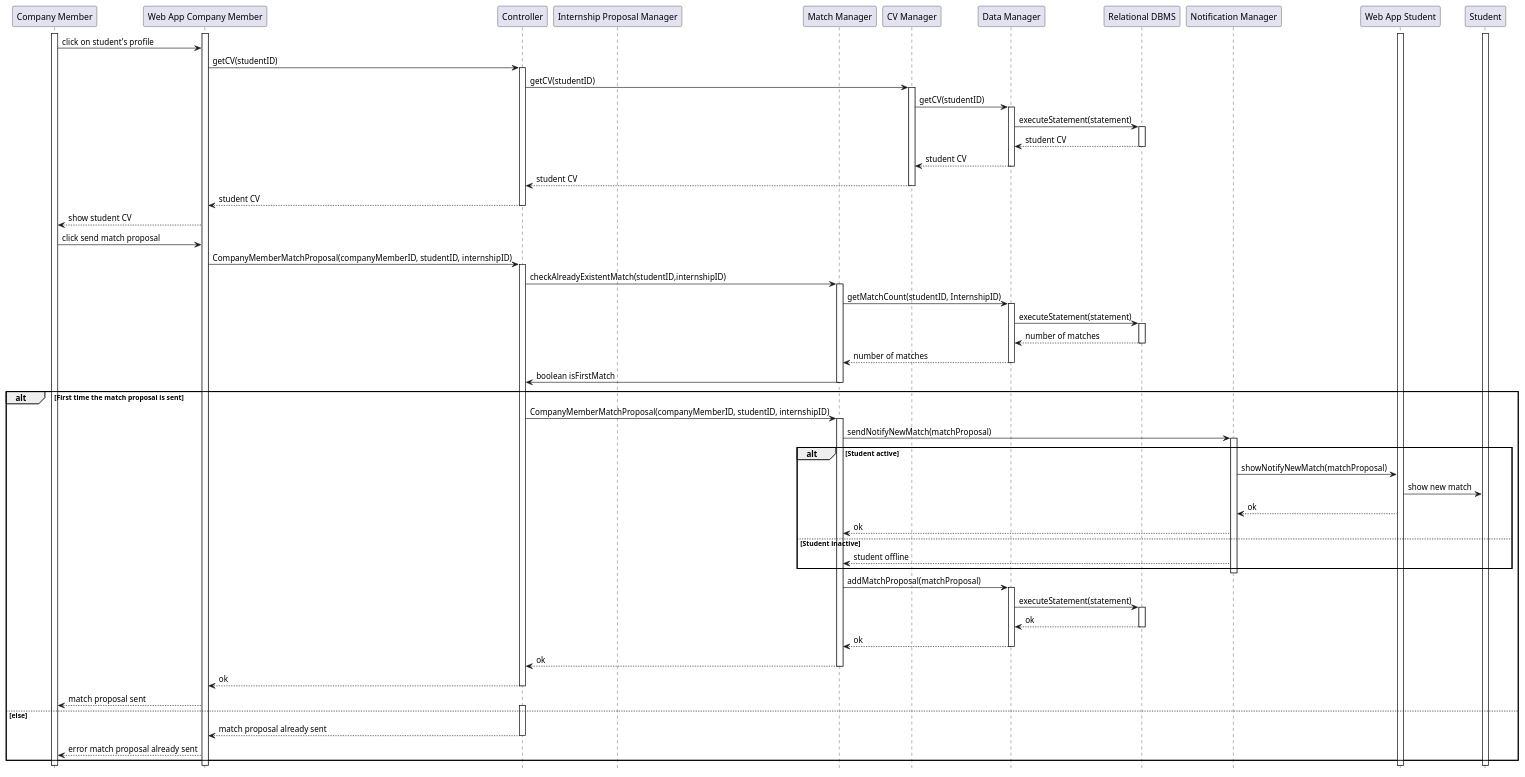
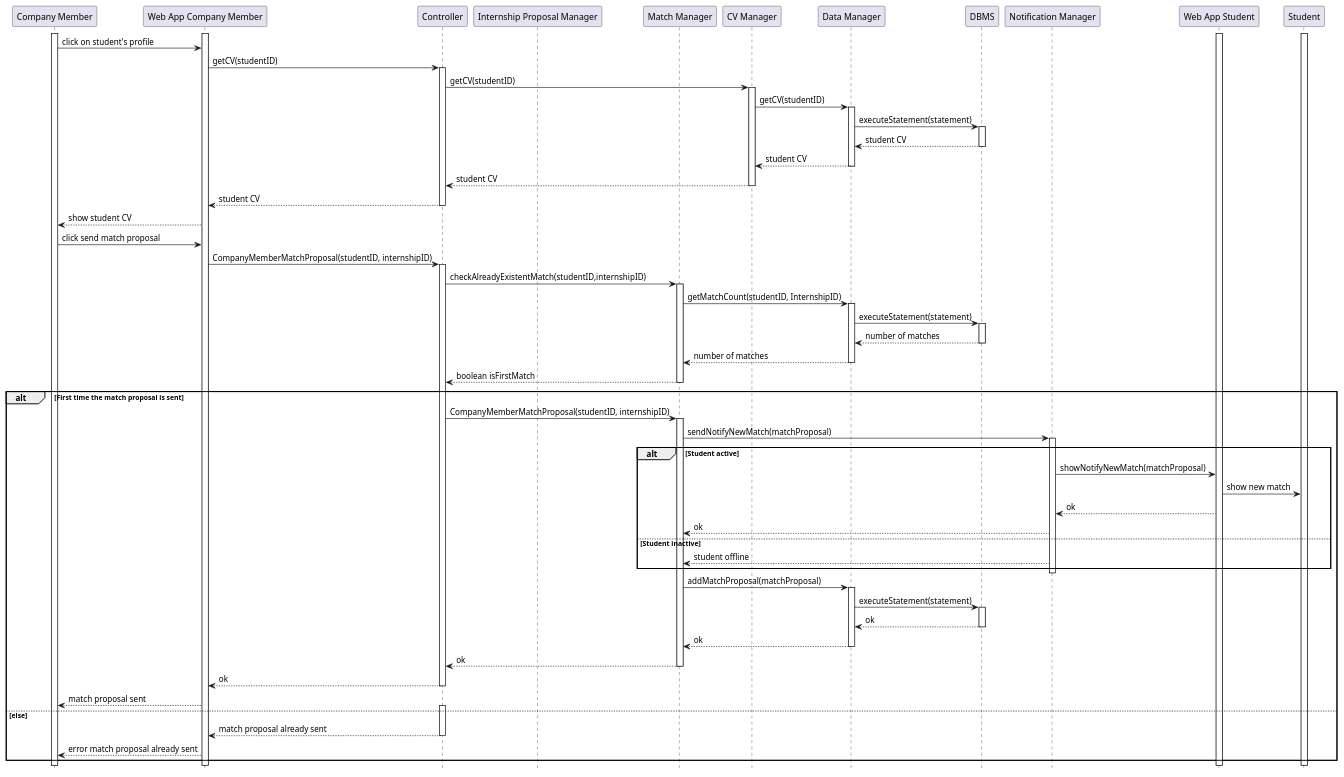
One commit to matti8702/R_and_DD_project_SE2 changed the diagram in DD/Architectural_design/uml_diagrams/RV17_diagram.puml. Above: the diagram before and after it, drawn with PlantUML. The commit also changed 9 other files, not shown here.

```diff
--- a/DD/Architectural_design/uml_diagrams/RV17_diagram.puml
+++ b/DD/Architectural_design/uml_diagrams/RV17_diagram.puml
@@ -1,99 +1,99 @@
 @startuml RV17_diagram
 hide footbox
 
 participant "Company Member" as CM 
 participant "Web App Company Member" as W
 participant "Controller" AS C
 participant "Internship Proposal Manager" as IP
 participant "Match Manager" as M
 participant "CV Manager" as CV
 participant "Data Manager" as DM
-participant "Relational DBMS" as RD
+participant "DBMS" as RD
 participant "Notification Manager" as NM
 participant "Web App Student" as WA
 participant "Student" as S 
 
 
 
 
 activate S
 activate W
 activate CM
 activate WA
 
 CM -> W: click on student's profile
 
 W ->C: getCV(studentID)
 activate C
 
 C -> CV: getCV(studentID)
 activate CV
 CV -> DM: getCV(studentID)
 activate DM
 DM -> RD: executeStatement(statement)
 activate RD
 RD --> DM: student CV
 deactivate RD
 DM --> CV: student CV
 deactivate DM
 CV --> C: student CV
 deactivate CV
 C --> W: student CV
 deactivate C
 W --> CM: show student CV
 
 CM -> W: click send match proposal
 
-W -> C: CompanyMemberMatchProposal(companyMemberID, studentID, internshipID)
+W -> C: CompanyMemberMatchProposal(studentID, internshipID)
 activate C
 C -> M: checkAlreadyExistentMatch(studentID,internshipID)
 activate M
 
 M -> DM: getMatchCount(studentID, InternshipID)
 activate DM
 DM -> RD: executeStatement(statement)
 activate RD
 RD --> DM: number of matches
 deactivate RD
 DM --> M: number of matches
 deactivate DM
-M -> C: boolean isFirstMatch
+M --> C: boolean isFirstMatch
 deactivate M
 
 alt First time the match proposal is sent
 
-    C -> M: CompanyMemberMatchProposal(companyMemberID, studentID, internshipID)
+    C -> M: CompanyMemberMatchProposal(studentID, internshipID)
     activate M
 
     M -> NM: sendNotifyNewMatch(matchProposal)
     activate NM
     alt Student active
         NM -> WA: showNotifyNewMatch(matchProposal)
         WA -> S: show new match
         WA --> NM: ok
         NM --> M: ok
     else Student inactive
         NM --> M: student offline
     end
     deactivate NM
     M -> DM: addMatchProposal(matchProposal)
     activate DM
     DM -> RD: executeStatement(statement)
     activate RD
     RD --> DM: ok
     deactivate RD
     DM --> M: ok
     deactivate DM
     M --> C: ok
     deactivate M
     C --> W: ok
     deactivate C
     W --> CM: match proposal sent
 else else
     activate C
     C --> W: match proposal already sent
     deactivate C
     W --> CM: error match proposal already sent
 end
 
 @enduml
```
